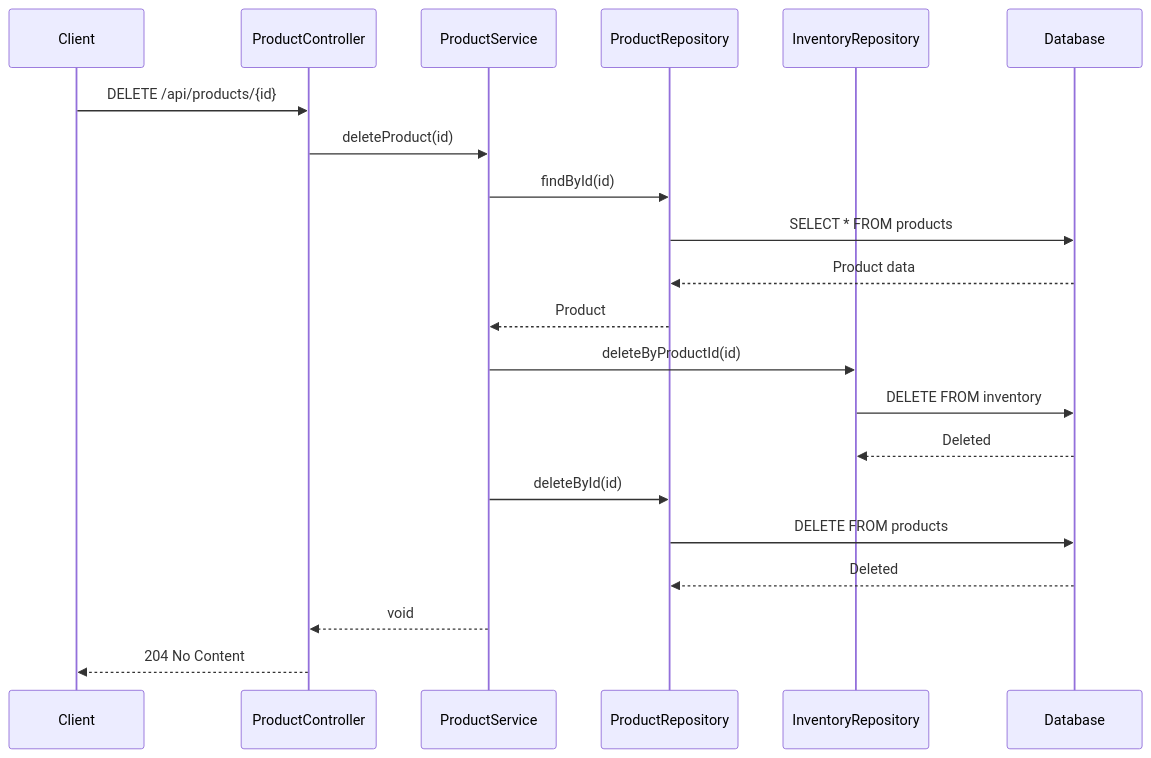
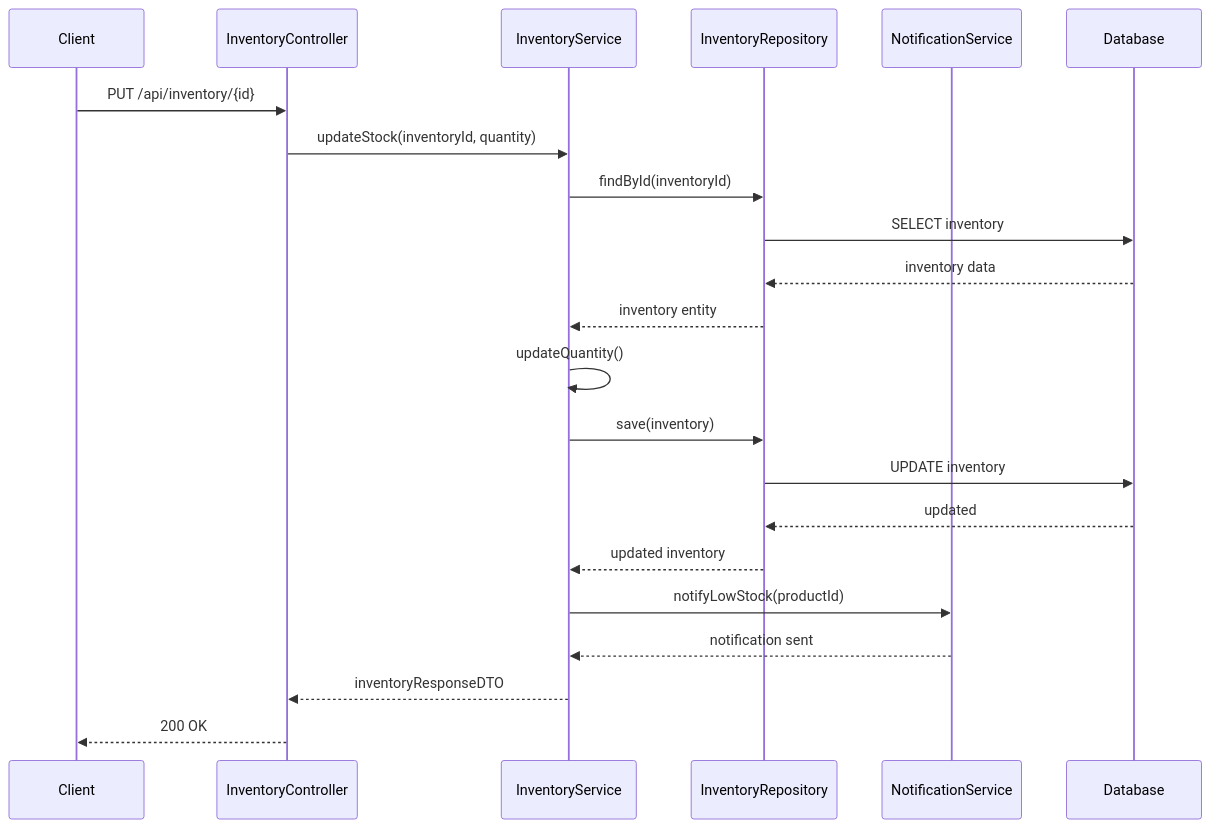
The sixth of 13 diagrams in docs/LLD/modified_lld.md (NavneetBN47/aava-ecom-demo), drawn with Mermaid before and after one commit. The commit also changed other lines of this file, not shown here.

````diff
--- a/docs/LLD/modified_lld.md
+++ b/docs/LLD/modified_lld.md
@@ -380,27 +373,25 @@
 ```mermaid
 sequenceDiagram
     participant Client
-    participant ProductController
-    participant ProductService
-    participant ProductRepository
+    participant InventoryController
+    participant InventoryService
     participant InventoryRepository
+    participant NotificationService
     participant Database
 
-    Client->>ProductController: DELETE /api/products/{id}
-    ProductController->>ProductService: deleteProduct(id)
-    ProductService->>ProductRepository: findById(id)
-    ProductRepository->>Database: SELECT * FROM products
-    Database-->>ProductRepository: Product data
-    ProductRepository-->>ProductService: Product
-    
-    ProductService->>InventoryRepository: deleteByProductId(id)
-    InventoryRepository->>Database: DELETE FROM inventory
-    Database-->>InventoryRepository: Deleted
-    
-    ProductService->>ProductRepository: deleteById(id)
-    ProductRepository->>Database: DELETE FROM products
-    Database-->>ProductRepository: Deleted
-    
-    ProductService-->>ProductController: void
-    ProductController-->>Client: 204 No Content
+    Client->>InventoryController: PUT /api/inventory/{id}
+    InventoryController->>InventoryService: updateStock(inventoryId, quantity)
+    InventoryService->>InventoryRepository: findById(inventoryId)
+    InventoryRepository->>Database: SELECT inventory
+    Database-->>InventoryRepository: inventory data
+    InventoryRepository-->>InventoryService: inventory entity
+    InventoryService->>InventoryService: updateQuantity()
+    InventoryService->>InventoryRepository: save(inventory)
+    InventoryRepository->>Database: UPDATE inventory
+    Database-->>InventoryRepository: updated
+    InventoryRepository-->>InventoryService: updated inventory
+    InventoryService->>NotificationService: notifyLowStock(productId)
+    NotificationService-->>InventoryService: notification sent
+    InventoryService-->>InventoryController: inventoryResponseDTO
+    InventoryController-->>Client: 200 OK
 ```
````
